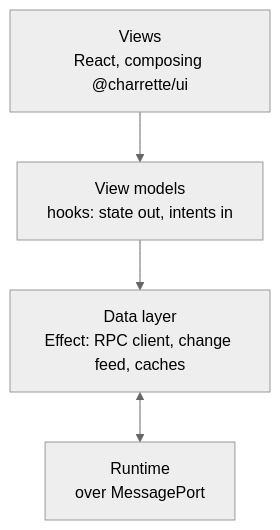
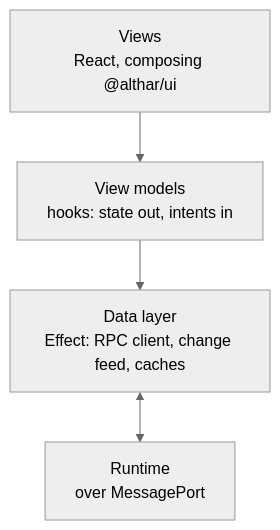
The first of 2 diagrams in docs/architecture/02-desktop-runtime.md (AltharIDE/althar), drawn with Mermaid (neutral theme) before and after one commit. The commit also changed other lines of this file and 343 other files, not shown here.

First line of the commit message:
Rename Charrette to Althar

````diff
--- a/docs/architecture/02-desktop-runtime.md
+++ b/docs/architecture/02-desktop-runtime.md
@@ -33,11 +33,11 @@
 ```mermaid
 flowchart TB
-    Views["Views<br/>React, composing @charrette/ui"]
+    Views["Views<br/>React, composing @althar/ui"]
     VM["View models<br/>hooks: state out, intents in"]
     Data["Data layer<br/>Effect: RPC client, change feed, caches"]
     Runtime["Runtime<br/>over MessagePort"]
 
     Views --> VM
     VM --> Data
     Data <--> Runtime
 ```
````
